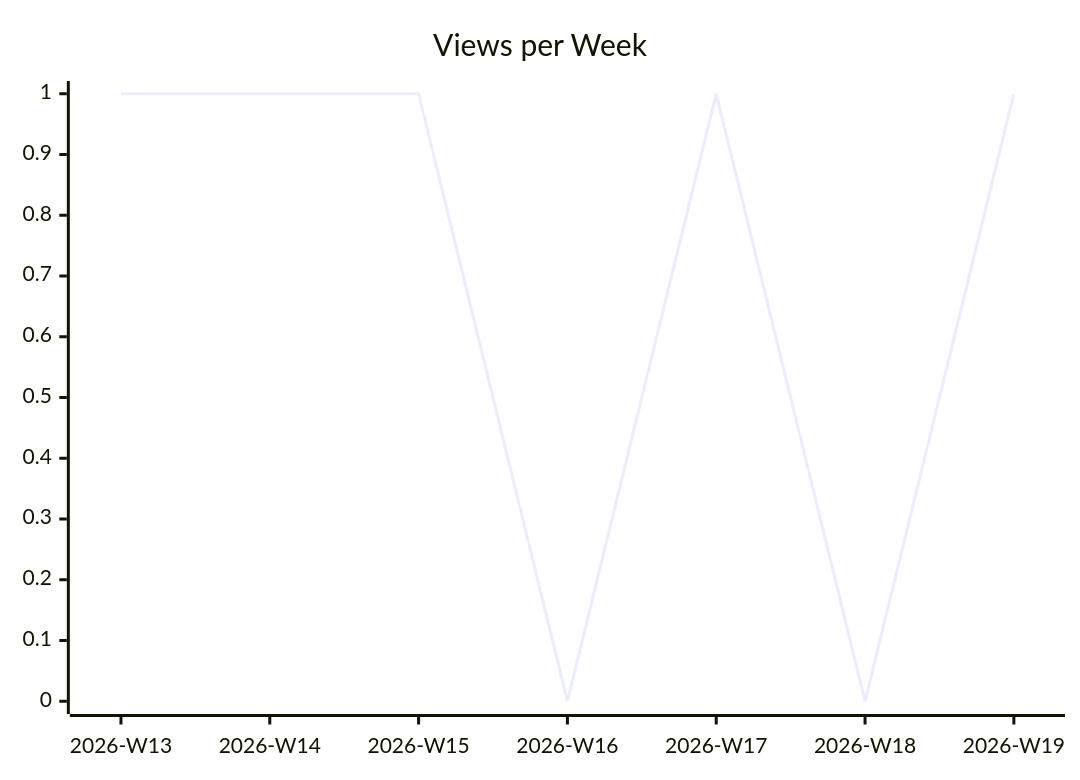
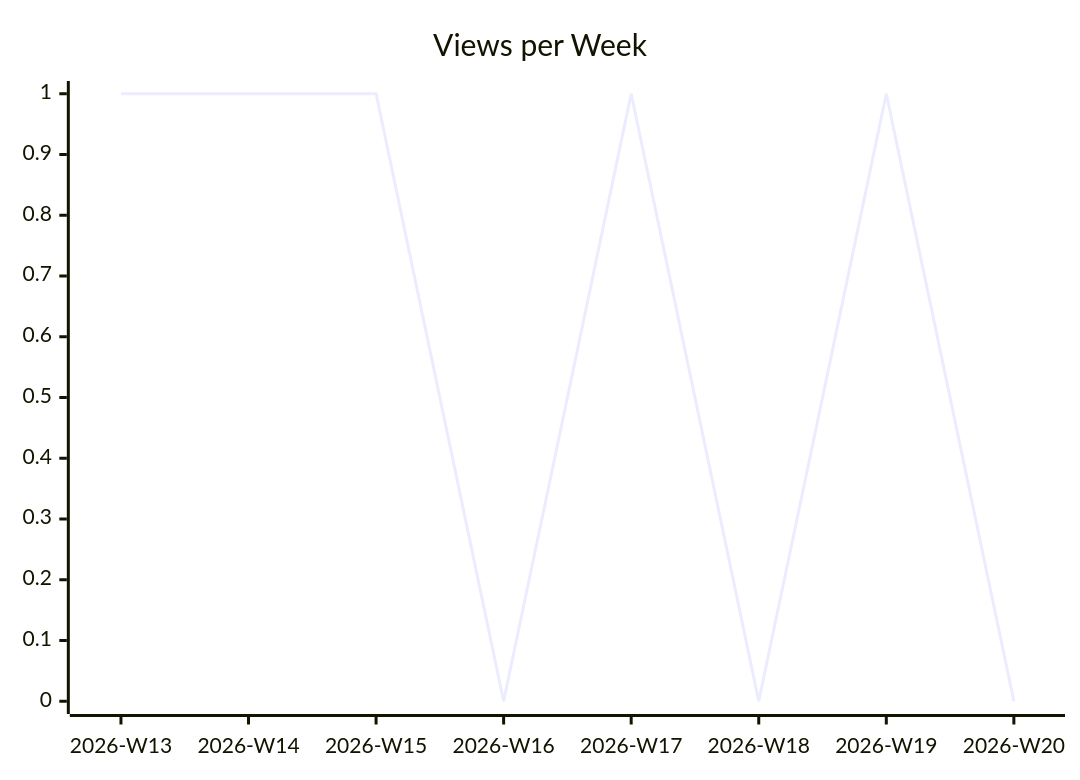
The second of 3 diagrams in karlmdavis/ansible-role-jenkins2/README.md (justdavis-family/github-analytics-data), drawn with Mermaid before and after one commit. The commit also changed other lines of this file and 176 other files, not shown here.

````diff
--- a/karlmdavis/ansible-role-jenkins2/README.md
+++ b/karlmdavis/ansible-role-jenkins2/README.md
@@ -12,6 +12,6 @@
 ```mermaid
 xychart-beta
   title "Views per Week"
-  x-axis ["2026-W13", "2026-W14", "2026-W15", "2026-W16", "2026-W17", "2026-W18", "2026-W19"]
-  line [1, 1, 1, 0, 1, 0, 1]
+  x-axis ["2026-W13", "2026-W14", "2026-W15", "2026-W16", "2026-W17", "2026-W18", "2026-W19", "2026-W20"]
+  line [1, 1, 1, 0, 1, 0, 1, 0]
 ```
````
